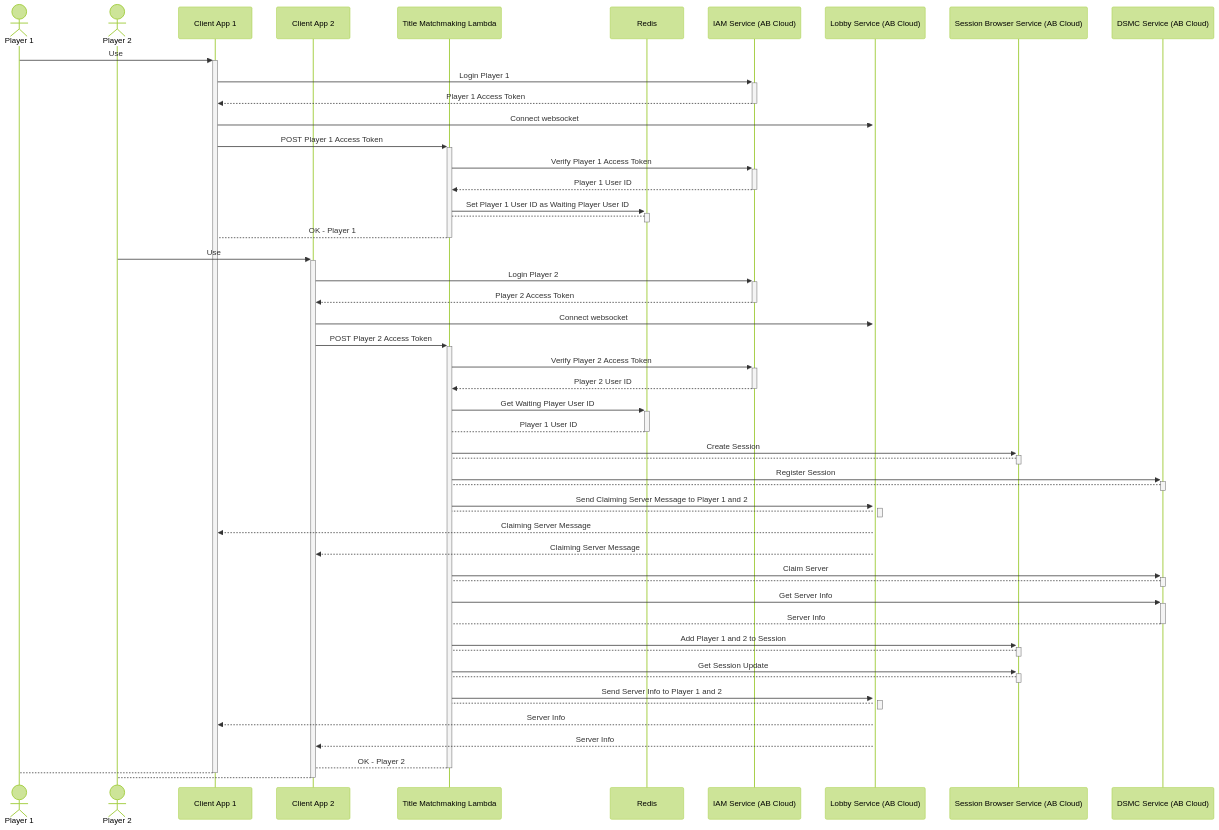
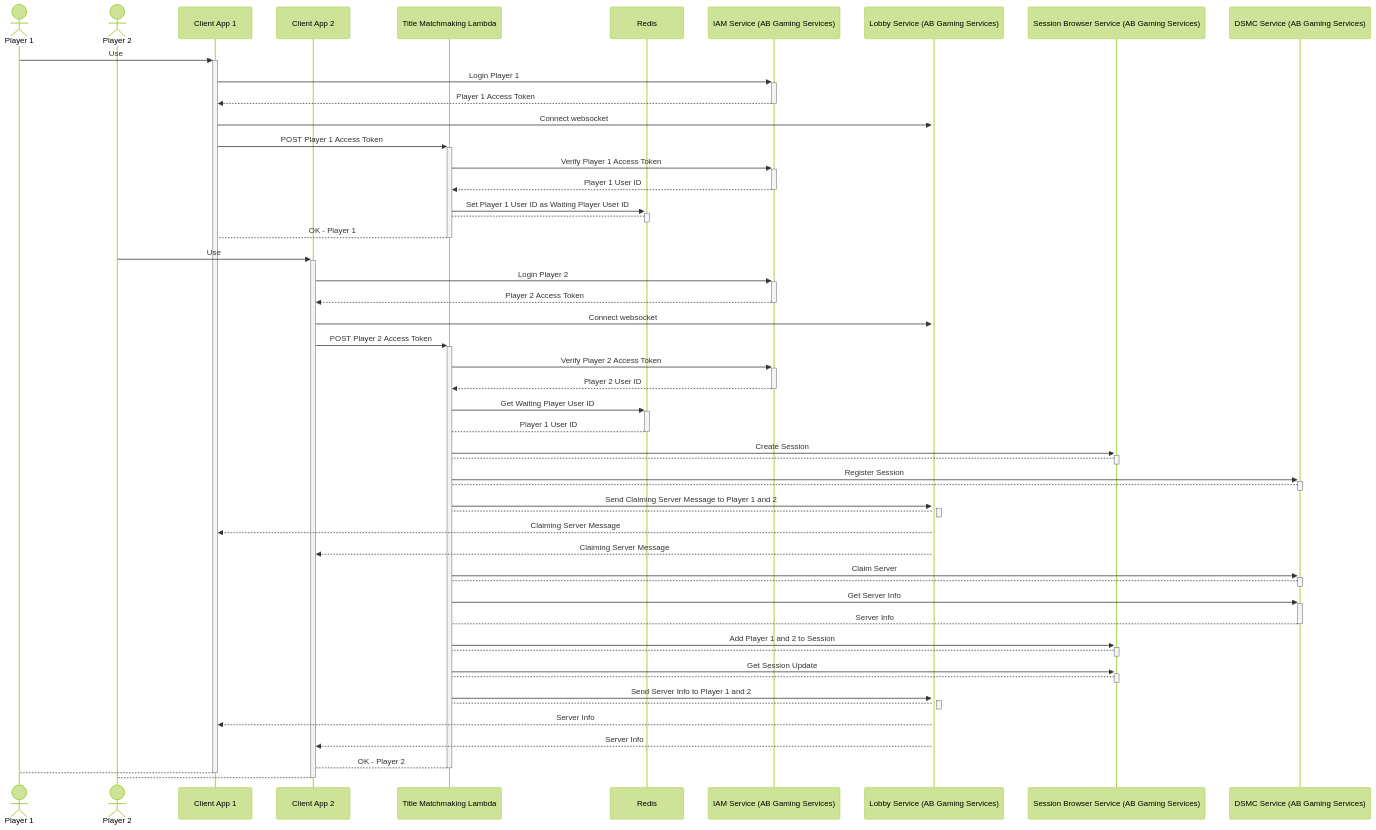
One commit to AccelByte/accelbyte-java-sdk changed the diagram in docs/samples/title-matchmaking.md. Above: the diagram before and after it, drawn with Mermaid (forest theme). The commit also changed other lines of this file and 14 other files, not shown here.

Commit message:
chore(docs): rename ab gaming services, extend sdk

````diff
--- a/docs/samples/title-matchmaking.md
+++ b/docs/samples/title-matchmaking.md
@@ -43,59 +43,59 @@
 ```mermaid
 sequenceDiagram
     Actor P1 as Player 1
     Actor P2 as Player 2
     participant C1 as Client App 1
     participant C2 as Client App 2
     participant TM as Title Matchmaking Lambda
     participant R as Redis
-    participant IAM as IAM Service (AB Cloud)
-    participant LOB as Lobby Service (AB Cloud)
-    participant SB as Session Browser Service (AB Cloud)
-    participant DSMC as DSMC Service (AB Cloud)
+    participant IAM as IAM Service (AB Gaming Services)
+    participant LOB as Lobby Service (AB Gaming Services)
+    participant SB as Session Browser Service (AB Gaming Services)
+    participant DSMC as DSMC Service (AB Gaming Services)
 
     P1 ->>+ C1: Use
     C1 ->>+ IAM: Login Player 1
     IAM -->>- C1: Player 1 Access Token
     C1 ->>+ LOB: Connect websocket
     C1 ->>+ TM: POST Player 1 Access Token
     TM ->>+ IAM: Verify Player 1 Access Token
     IAM -->>- TM: Player 1 User ID
     TM ->>+ R: Set Player 1 User ID as Waiting Player User ID
     R -->- TM: 
     TM -->- C1: OK - Player 1
 
     P2 ->>+ C2: Use
     C2 ->>+ IAM: Login Player 2
     IAM -->>- C2: Player 2 Access Token
     C2 ->>+ LOB: Connect websocket
     C2 ->>+ TM: POST Player 2 Access Token
     TM ->>+ IAM: Verify Player 2 Access Token
     IAM -->>- TM: Player 2 User ID
     TM ->>+ R: Get Waiting Player User ID
     R -->- TM: Player 1 User ID
 
     TM ->>+ SB: Create Session
     SB -->- TM: 
     TM ->>+ DSMC: Register Session
     DSMC -->- TM: 
     TM ->>+ LOB: Send Claiming Server Message to Player 1 and 2
     LOB -->- TM: 
     LOB -->> C1: Claiming Server Message
     LOB -->> C2: Claiming Server Message
     TM ->>+ DSMC: Claim Server
     DSMC -->- TM: 
     TM ->>+ DSMC: Get Server Info
     DSMC -->- TM: Server Info
     TM ->>+ SB: Add Player 1 and 2 to Session
     SB -->- TM: 
     TM ->>+ SB: Get Session Update
     SB -->- TM: 
     TM ->>+ LOB: Send Server Info to Player 1 and 2
     LOB -->- TM: 
     LOB -->> C1: Server Info
     LOB -->> C2: Server Info
     TM -->- C2: OK - Player 2
 
     C1 -->- P1: 
     C2 -->- P2: 
 ```
````
